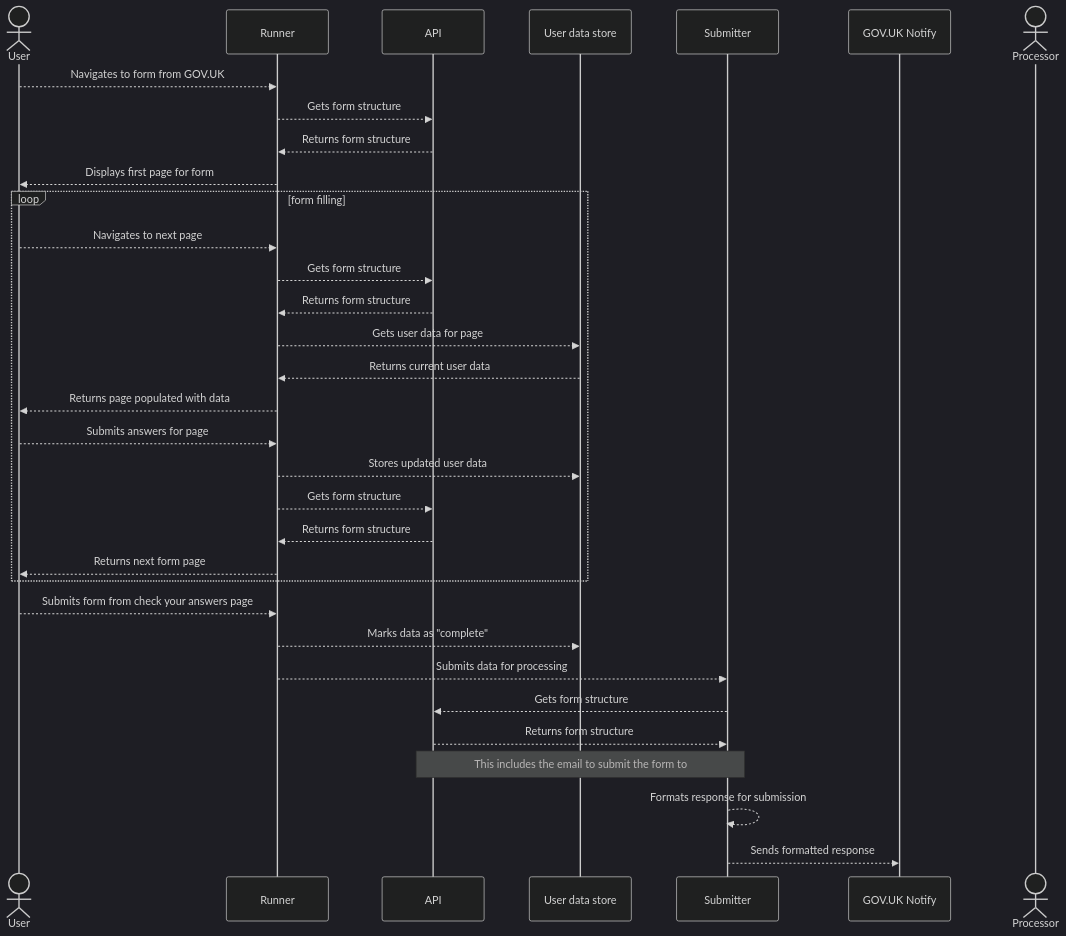
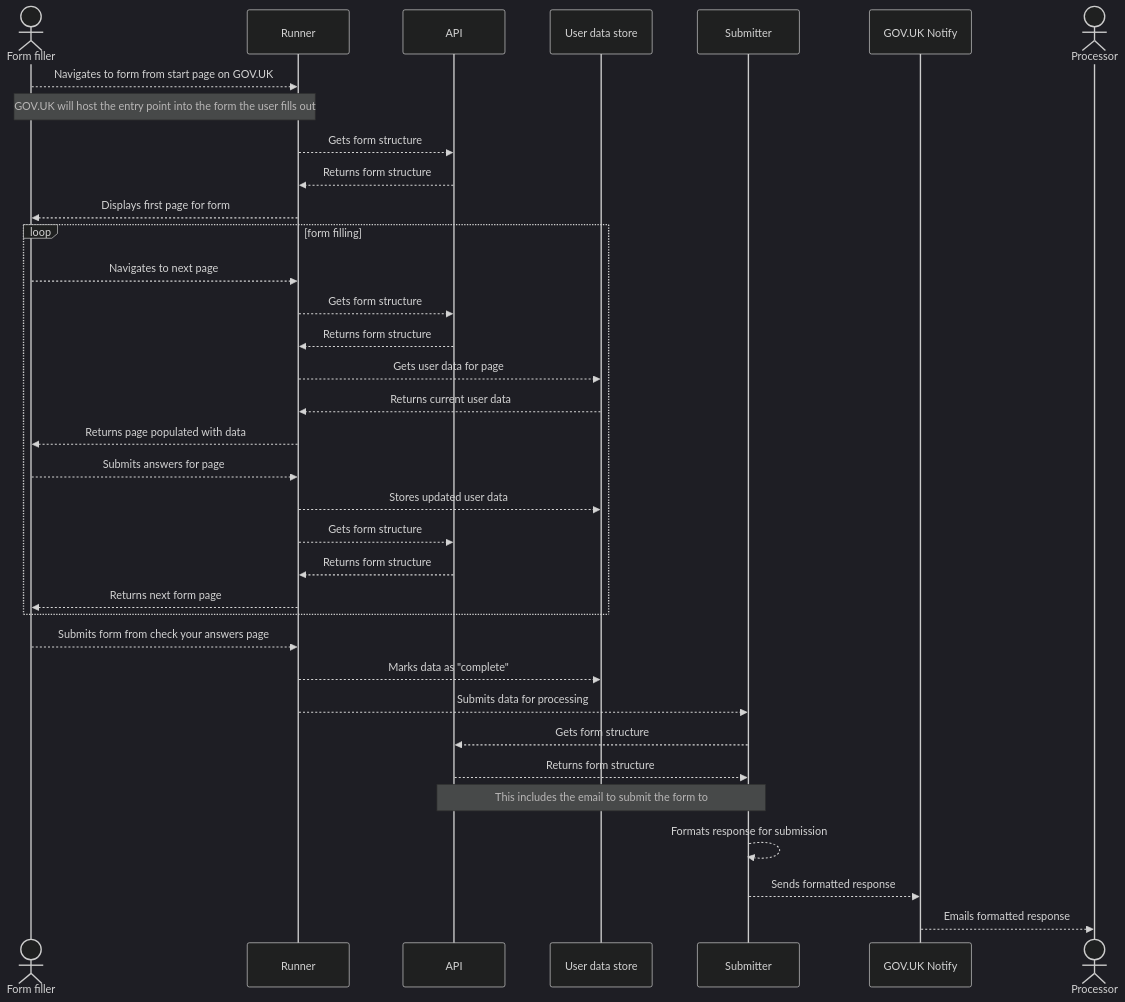
One commit to alphagov/forms changed the diagram in diagrams/sequence-diagrams/filling-in-a-form.md. Above: the diagram before and after it, drawn with Mermaid (dark theme). The commit also changed 1 other file, not shown here.

Commit message:
Add references to GOV.UK start pages

````diff
--- a/diagrams/sequence-diagrams/filling-in-a-form.md
+++ b/diagrams/sequence-diagrams/filling-in-a-form.md
@@ -3,39 +3,41 @@
 ```mermaid 
 sequenceDiagram
-  actor user as User
+  actor user as Form filler
   participant runner as Runner
   participant api as API
   participant store as User data store
   participant submitter as Submitter
   participant notify as GOV.UK Notify
   actor processor as Processor
 
-  user -->> runner: Navigates to form from GOV.UK
+  user -->> runner: Navigates to form from start page on GOV.UK
+  note over user, runner: GOV.UK will host the entry point into the form the user fills out
   runner -->> api: Gets form structure
   api -->> runner: Returns form structure
   runner -->> user: Displays first page for form
   
   loop form filling
     user -->> runner: Navigates to next page
     runner -->> api: Gets form structure
     api -->> runner: Returns form structure
     runner -->> store: Gets user data for page
     store -->> runner: Returns current user data
     runner -->> user: Returns page populated with data
     user -->> runner: Submits answers for page
     runner -->> store: Stores updated user data
     runner -->> api: Gets form structure
     api -->> runner: Returns form structure
     runner -->> user: Returns next form page
   end
 
   user -->> runner: Submits form from check your answers page
   runner -->> store: Marks data as "complete"
   runner -->> submitter: Submits data for processing
 
   submitter -->> api: Gets form structure
   api -->> submitter: Returns form structure
   note over api,submitter: This includes the email to submit the form to
   submitter -->> submitter: Formats response for submission
   submitter -->> notify: Sends formatted response
+  notify -->> processor: Emails formatted response
 ```
````
